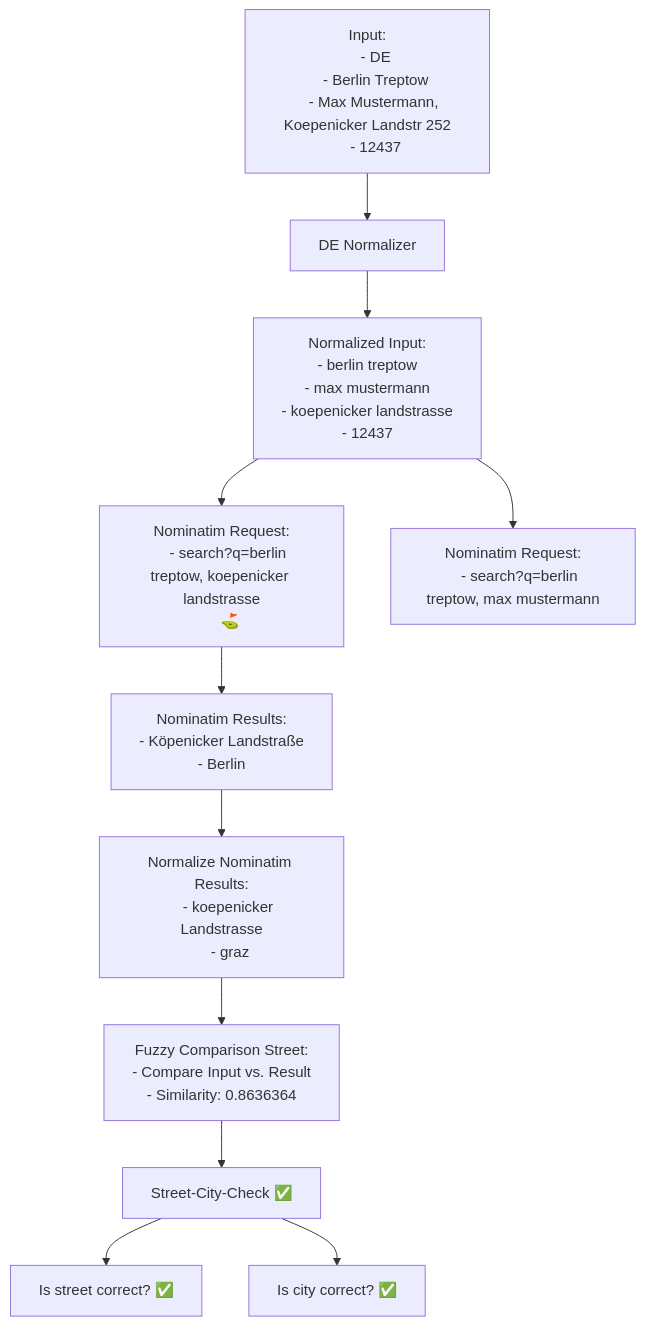
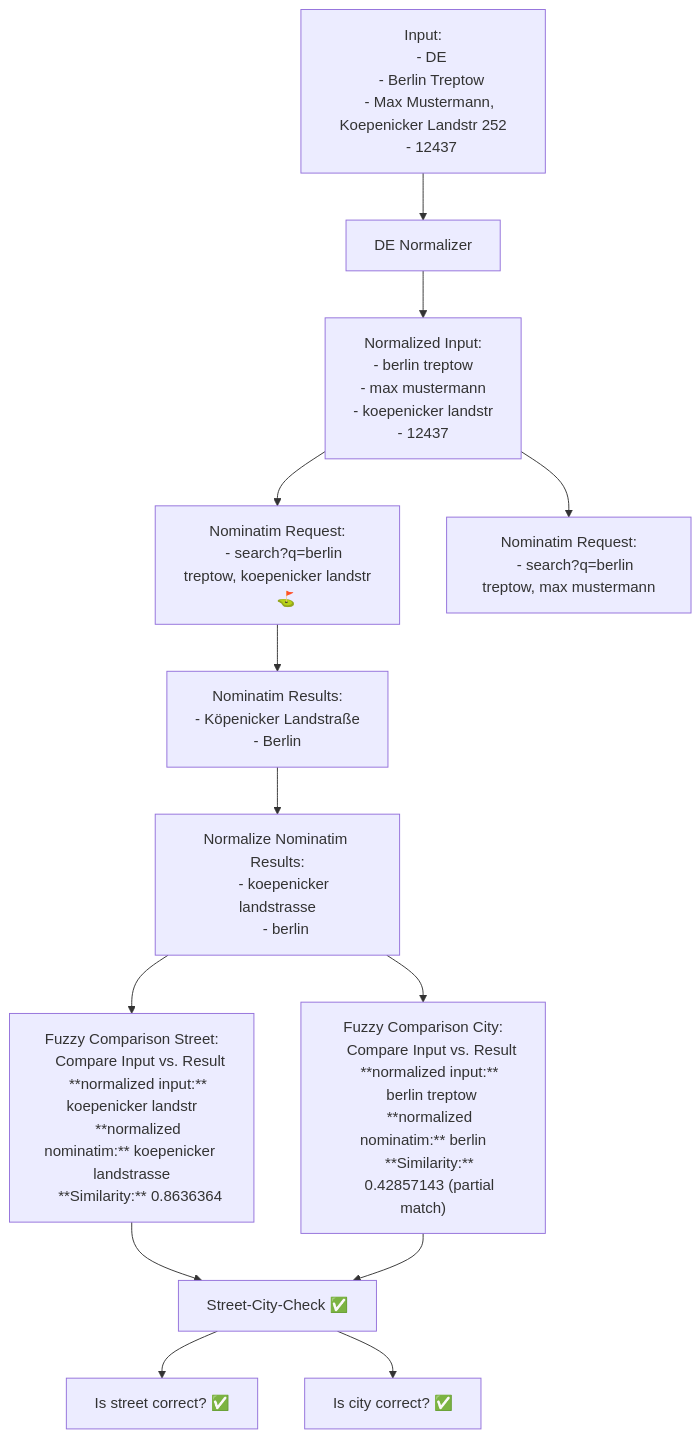
Before and after one commit to TrojanDonut/OpenPAQ: the diagram in docs/docs/usage.md, drawn with Mermaid. The commit also changed other lines of this file and 70 other files, not shown here.

````diff
--- a/docs/docs/usage.md
+++ b/docs/docs/usage.md
@@ -91,43 +119,54 @@
 ``` mermaid
 
 flowchart TD
     %%{init: {"flowchart": {"htmlLabels": false}} }%%
 
     A1[Input:
     - DE
     - Berlin Treptow
     - Max Mustermann, Koepenicker Landstr 252
     - 12437] --> A2[DE Normalizer]
 
     A2 --> A3[Normalized Input:
     - berlin treptow
     - max mustermann
-    - koepenicker landstrasse
+    - koepenicker landstr
     - 12437]
 
     A3 --> A4.1[Nominatim Request:
-    - search?q=berlin treptow, koepenicker landstrasse
+    - search?q=berlin treptow, koepenicker landstr
     ⛳]
 
     A3 --> A4.2[Nominatim Request:
     - search?q=berlin treptow, max mustermann]
 
 
     A4.1 --> A5[Nominatim Results:
     - Köpenicker Landstraße
     - Berlin]
 
     A5 --> A6[Normalize Nominatim Results:
-    - koepenicker Landstrasse
-    - graz]
+    - koepenicker landstrasse
+    - berlin]
 
-    A6 --> A7[Fuzzy Comparison Street:
-    - Compare Input vs. Result
-    - Similarity: 0.8636364]
+    A6 --> A7a[Fuzzy Comparison Street:
+    Compare Input vs. Result
+    **normalized input:** koepenicker landstr
+    **normalized nominatim:** koepenicker landstrasse
+    **Similarity:** 0.8636364]
+    
+    A6 --> A7b["Fuzzy Comparison City:
+    Compare Input vs. Result
+    **normalized input:** 
+    berlin treptow
+    **normalized nominatim:** berlin
+    **Similarity:** 
+    0.42857143 (partial match)"]
 
-    A7 --> A8[Street-City-Check ✅]
+    A7a --> A8[Street-City-Check ✅]
+    A7b --> A8[Street-City-Check ✅]
 
     A8 --> A9[Is street correct? ✅]
     A8 --> A10[Is city correct? ✅]
 
 ```
````
